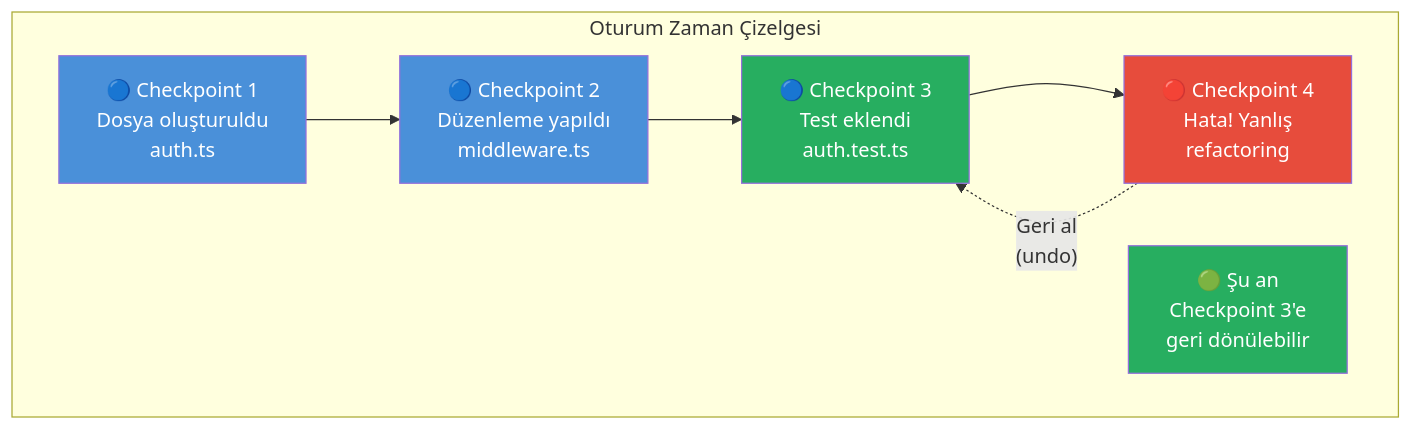
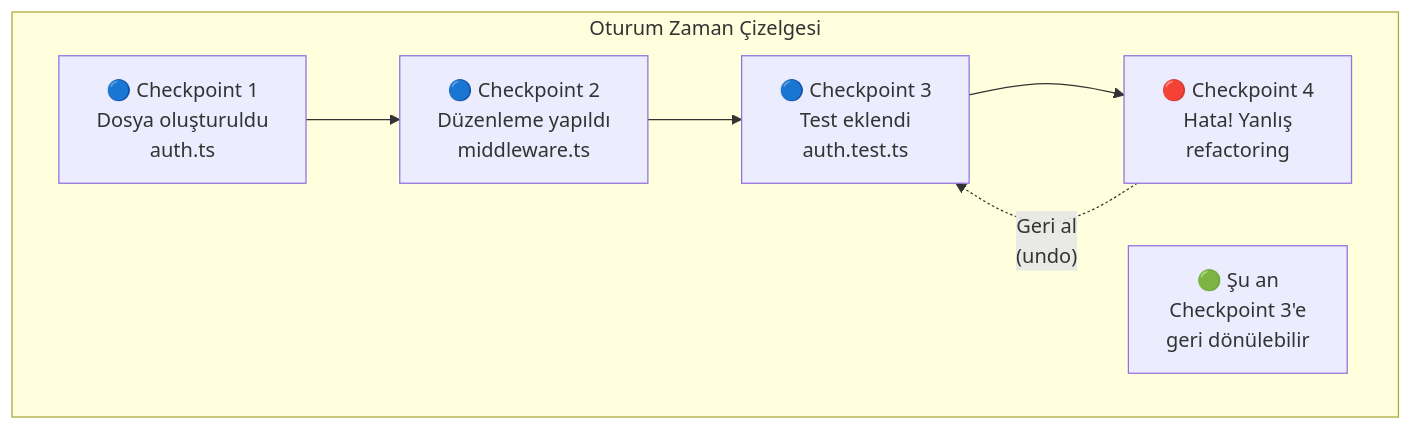
One commit to IzzetYasinAtes/ClaudeCodeHandbook changed the first of 5 diagrams in 09-bellek-ve-baglam/07-checkpointing.md. Above: the diagram before and after it, drawn with Mermaid. The commit also changed other lines of this file and 97 other files, not shown here.

Commit message:
Remove all custom Mermaid style/fill colors from 98 markdown files for consistent dark theme rendering

````diff
--- a/09-bellek-ve-baglam/07-checkpointing.md
+++ b/09-bellek-ve-baglam/07-checkpointing.md
@@ -18,20 +18,15 @@
 ```mermaid
 flowchart LR
     subgraph timeline ["Oturum Zaman Çizelgesi"]
         direction LR
         CP1["🔵 Checkpoint 1<br/>Dosya oluşturuldu<br/>auth.ts"]
         CP2["🔵 Checkpoint 2<br/>Düzenleme yapıldı<br/>middleware.ts"]
         CP3["🔵 Checkpoint 3<br/>Test eklendi<br/>auth.test.ts"]
         CP4["🔴 Checkpoint 4<br/>Hata! Yanlış<br/>refactoring"]
         CP5["🟢 Şu an<br/>Checkpoint 3'e<br/>geri dönülebilir"]
     end
 
     CP1 --> CP2 --> CP3 --> CP4
     CP4 -.->|"Geri al<br/>(undo)"| CP3
 
-    style CP1 fill:#4A90D9,color:#fff
-    style CP2 fill:#4A90D9,color:#fff
-    style CP3 fill:#27AE60,color:#fff
-    style CP4 fill:#E74C3C,color:#fff
-    style CP5 fill:#27AE60,color:#fff
 ```
````
